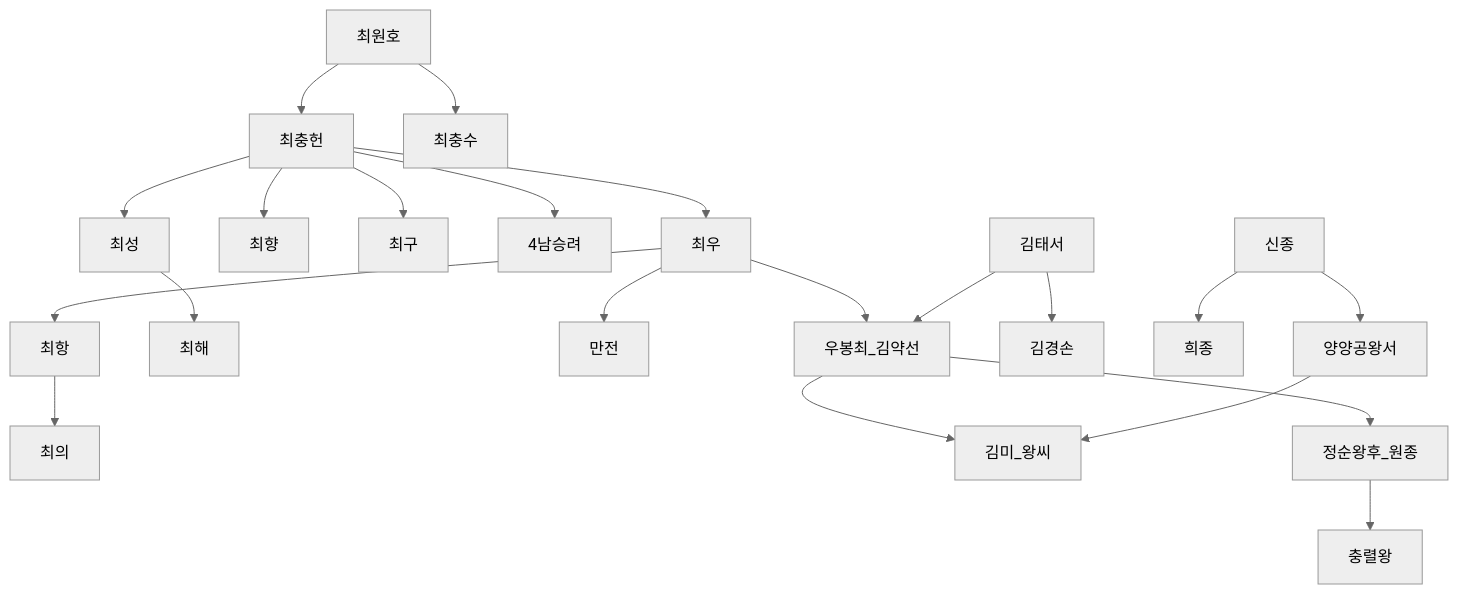
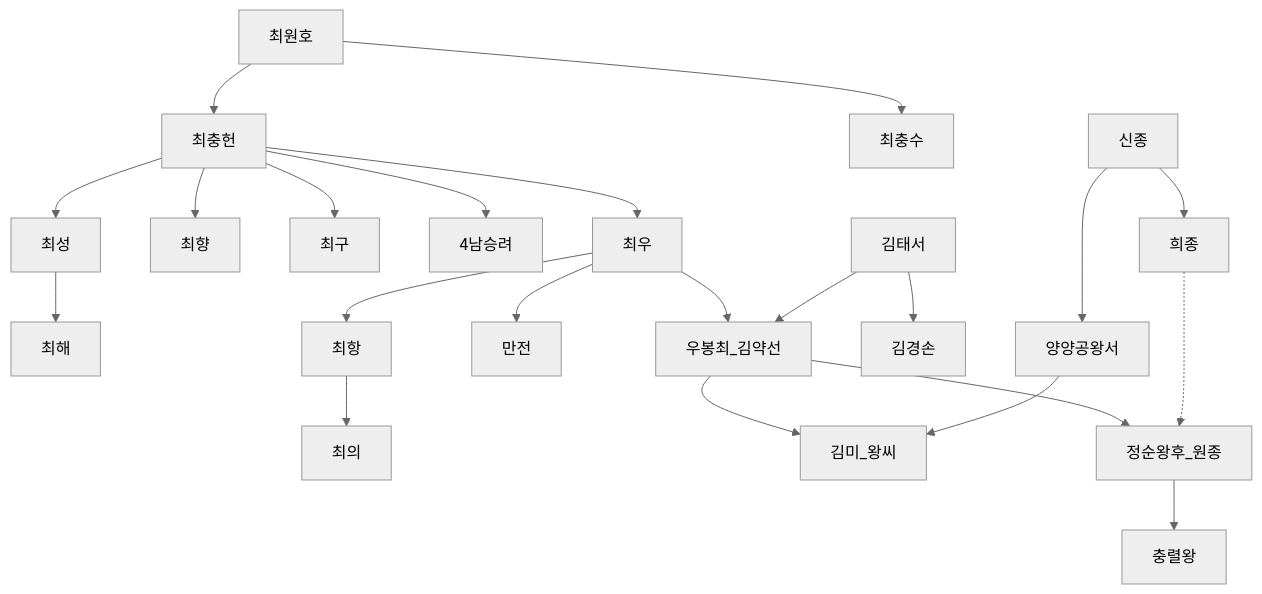
The second of 2 diagrams in 한국사/고려_무신정권.md (daewonyoon/historigram), drawn with Mermaid (neutral theme) before and after one commit. The commit also changed 4 other files, not shown here.

````diff
--- a/한국사/고려_무신정권.md
+++ b/한국사/고려_무신정권.md
@@ -37,21 +37,22 @@
 ```mermaid
 graph TD
 
-최원호 --> 최충헌 --> 최우 --> 최항 --> 최의
+최원호 --> 최충헌 --> 최우
 최원호 --> 최충수
 최충헌 --> 최향
 최충헌 --> 최구
 최충헌 --> 4남승려
 최충헌 --> 최성 --> 최해
+최우 --> 최항 --> 최의
 최우 --> 만전
 최우 --> 우봉최_김약선
 김태서 --> 우봉최_김약선 --> 김미_왕씨
 김태서 --> 김경손
 우봉최_김약선 --> 정순왕후_원종
 정순왕후_원종 --> 충렬왕
-신종 --> 희종
+신종 --> 희종 -..-> 정순왕후_원종
 신종 --> 양양공왕서 --> 김미_왕씨
 
 
 
 ```
````
